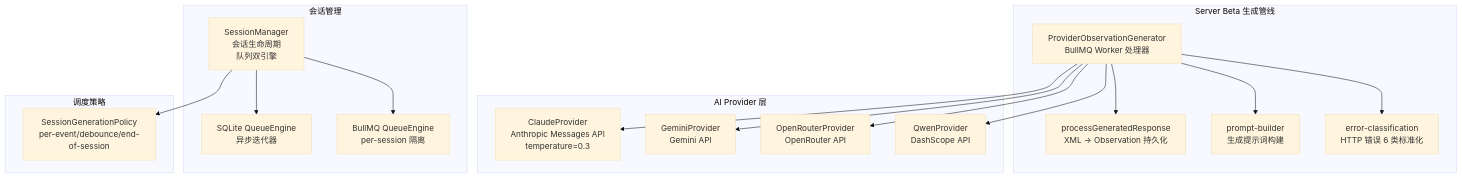
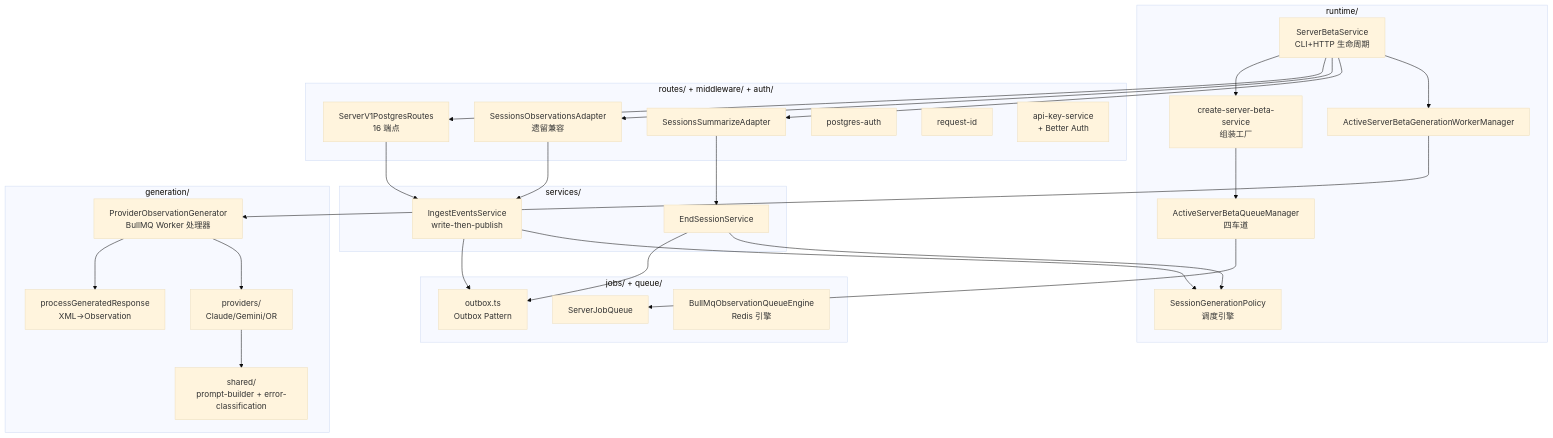
The sixth of 14 diagrams in doc/B-系统设计文档.md (sharesdoc/claude-mem), drawn with Mermaid (base theme) before and after one commit. The commit also changed other lines of this file and 22 other files, not shown here.

````diff
--- a/doc/B-系统设计文档.md
+++ b/doc/B-系统设计文档.md
@@ -361,33 +372,47 @@
 ```mermaid
 flowchart TB
-    subgraph Provider["AI Provider 层"]
-        CLAUDE["ClaudeProvider<br/>Anthropic Messages API<br/>temperature=0.3"]
-        GEMINI["GeminiProvider<br/>Gemini API"]
-        OPENROUTER["OpenRouterProvider<br/>OpenRouter API"]
-        QWEN["QwenProvider<br/>DashScope API"]
+    subgraph 运行时["runtime/"]
+        A["ServerBetaService<br/>CLI+HTTP 生命周期"]
+        B["create-server-beta-service<br/>组装工厂"]
+        D["ActiveServerBetaGenerationWorkerManager"]
+        E["ActiveServerBetaQueueManager<br/>四车道"]
+        F["SessionGenerationPolicy<br/>调度引擎"]
     end
 
-    subgraph ServerGen["Server Beta 生成管线"]
-        GEN["ProviderObservationGenerator<br/>BullMQ Worker 处理器"]
-        PGR["processGeneratedResponse<br/>XML → Observation 持久化"]
-        PB["prompt-builder<br/>生成提示词构建"]
-        EC["error-classification<br/>HTTP 错误 6 类标准化"]
+    subgraph 路由认证["routes/ + middleware/ + auth/"]
+        H["ServerV1PostgresRoutes<br/>16 端点"]
+        J["SessionsObservationsAdapter<br/>遗留兼容"]
+        K["SessionsSummarizeAdapter"]
+        M["postgres-auth"]
+        O["request-id"]
+        CC["api-key-service<br/>+ Better Auth"]
     end
 
-    subgraph SessionM["会话管理"]
-        SM["SessionManager<br/>会话生命周期<br/>队列双引擎"]
-        SQL_QE["SQLite QueueEngine<br/>异步迭代器"]
-        BMQ_QE["BullMQ QueueEngine<br/>per-session 隔离"]
+    subgraph 核心服务["services/"]
+        P["IngestEventsService<br/>write-then-publish"]
+        Q["EndSessionService"]
     end
 
-    subgraph Policy["调度策略"]
-        SGP["SessionGenerationPolicy<br/>per-event/debounce/end-of-session"]
+    subgraph 生成管线["generation/"]
+        R["ProviderObservationGenerator<br/>BullMQ Worker 处理器"]
+        S["processGeneratedResponse<br/>XML→Observation"]
+        T["providers/<br/>Claude/Gemini/OR"]
+        U["shared/<br/>prompt-builder + error-classification"]
     end
 
-    GEN --> PGR
-    GEN --> CLAUDE & GEMINI & OPENROUTER & QWEN
-    GEN --> PB
-    GEN --> EC
-    SM --> SQL_QE & BMQ_QE
-    SM --> SGP
+    subgraph 队列作业["jobs/ + queue/"]
+        V["ServerJobQueue"]
+        W["outbox.ts<br/>Outbox Pattern"]
+        Y["BullMqObservationQueueEngine<br/>Redis 引擎"]
+    end
+
+    A --> B --> E
+    A --> H & J & K & D
+    D --> R --> S
+    R --> T --> U
+    H & J --> P
+    K --> Q
+    P & Q --> W
+    P & Q --> F
+    E --> V
 ```
````
